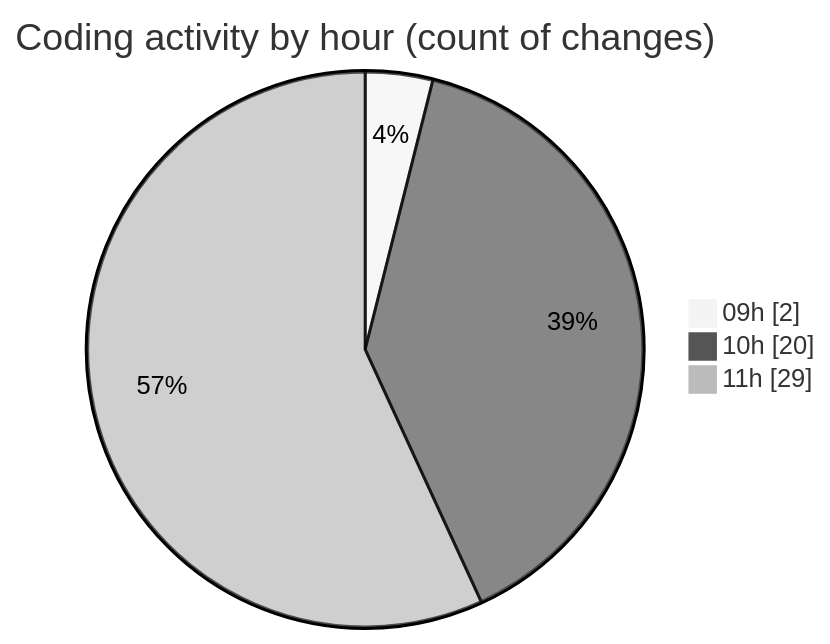
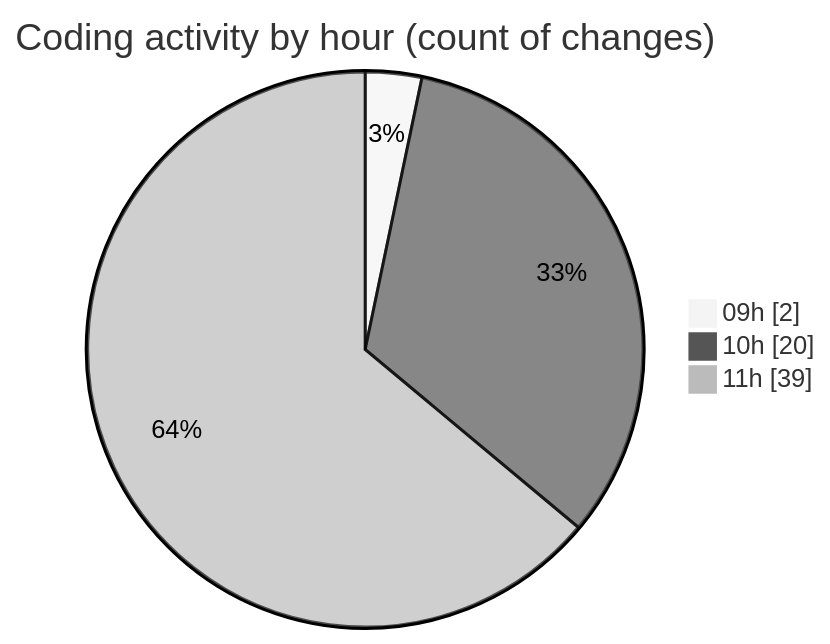
Before and after one commit to momahboobian/code-tracking: the second of 2 diagrams in 2025-06-13/cda/README.md, drawn with Mermaid (neutral theme). The commit also changed other lines of this file and 1 other file, not shown here.

````diff
--- a/2025-06-13/cda/README.md
+++ b/2025-06-13/cda/README.md
@@ -33,7 +33,7 @@
 ```mermaid
 pie showData
 title Coding activity by hour (count of changes)
 "09h" : 2
 "10h" : 20
-"11h" : 29
+"11h" : 39
 ```
````
